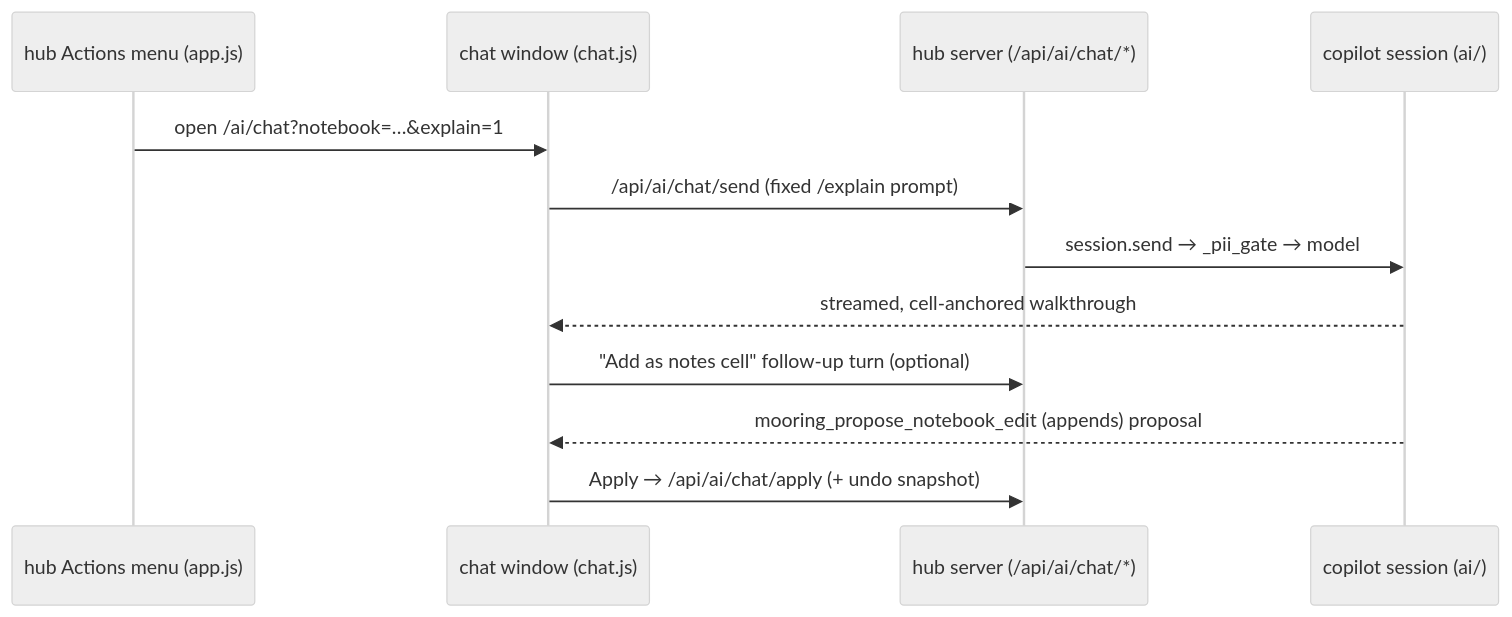
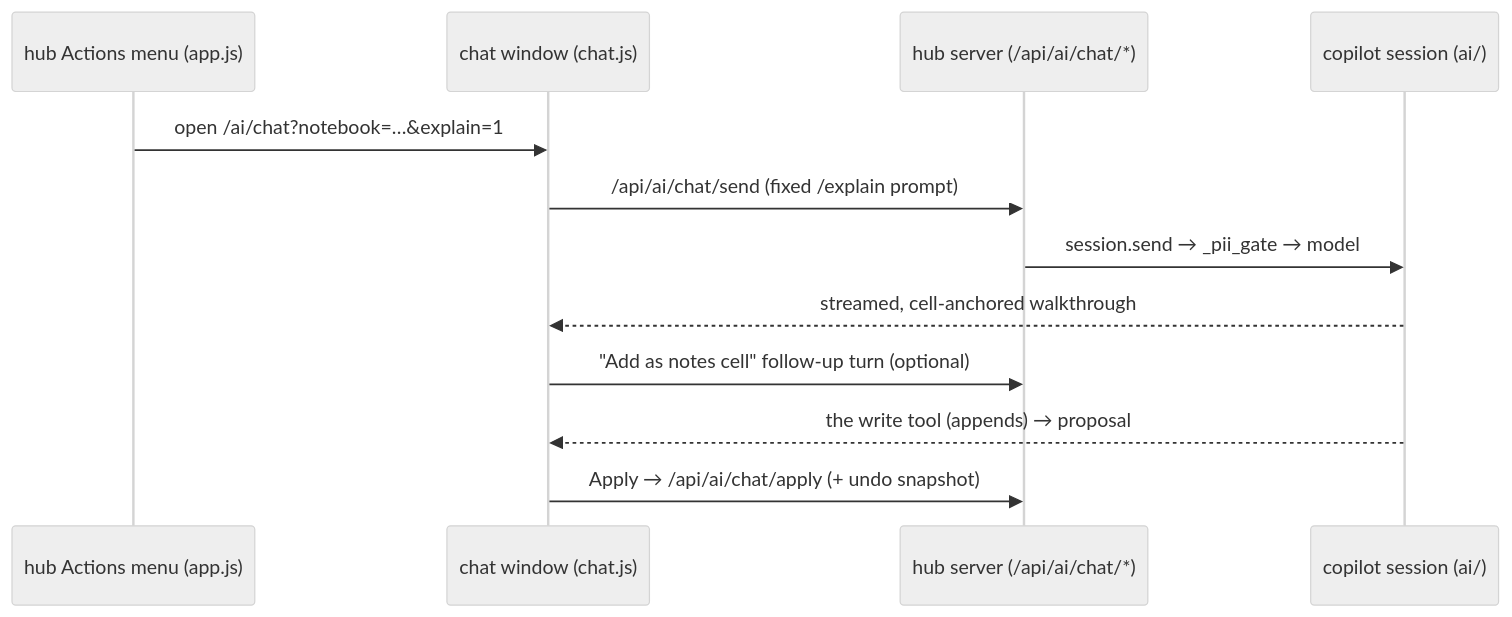
One commit to OpenAfterHours/mooring changed the diagram in docs/developers/roadmap/handover-explainer.md. Above: the diagram before and after it, drawn with Mermaid (neutral theme). The commit also changed other lines of this file and 52 other files, not shown here.

````diff
--- a/docs/developers/roadmap/handover-explainer.md
+++ b/docs/developers/roadmap/handover-explainer.md
@@ -110,14 +110,14 @@
 ```mermaid
 sequenceDiagram
     participant Hub as hub Actions menu (app.js)
     participant Chat as chat window (chat.js)
     participant Srv as hub server (/api/ai/chat/*)
     participant AI as copilot session (ai/)
     Hub->>Chat: open /ai/chat?notebook=…&explain=1
     Chat->>Srv: /api/ai/chat/send (fixed /explain prompt)
     Srv->>AI: session.send → _pii_gate → model
     AI-->>Chat: streamed, cell-anchored walkthrough
     Chat->>Srv: "Add as notes cell" follow-up turn (optional)
-    AI-->>Chat: mooring_propose_notebook_edit (appends) proposal
+    AI-->>Chat: the write tool (appends) → proposal
     Chat->>Srv: Apply → /api/ai/chat/apply (+ undo snapshot)
 ```
````
